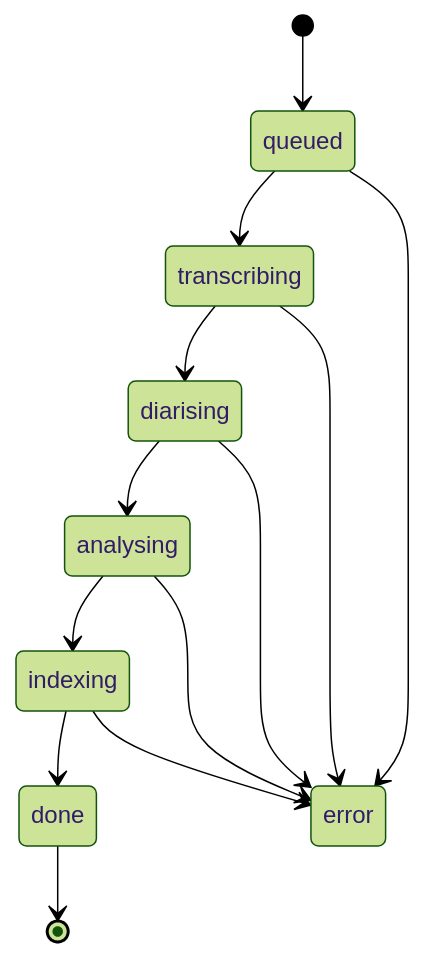
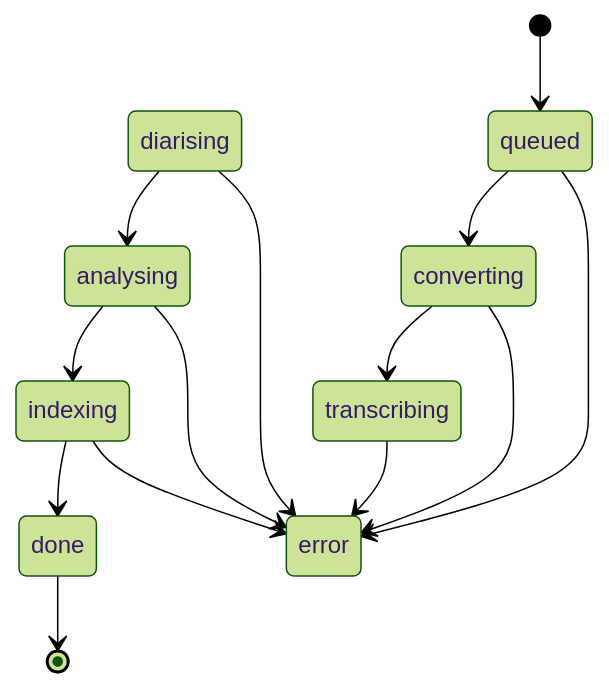
The third of 3 diagrams in docs/PROCESSING_PIPELINE.md (dibyo10/meeting-intelligence-platform), drawn with Mermaid (forest theme) before and after one commit. The commit also changed 2 other files, not shown here.

Commit message:
Address Copilot review comments

````diff
--- a/docs/PROCESSING_PIPELINE.md
+++ b/docs/PROCESSING_PIPELINE.md
@@ -300,16 +300,17 @@
 ```mermaid
 stateDiagram-v2
     [*] --> queued
-    queued --> transcribing
-    transcribing --> diarising
+    queued --> converting
+    converting --> transcribing
     diarising --> analysing
     analysing --> indexing
     indexing --> done
     done --> [*]
 
     queued --> error
+    converting --> error
     transcribing --> error
     diarising --> error
     analysing --> error
     indexing --> error
 ```
````
